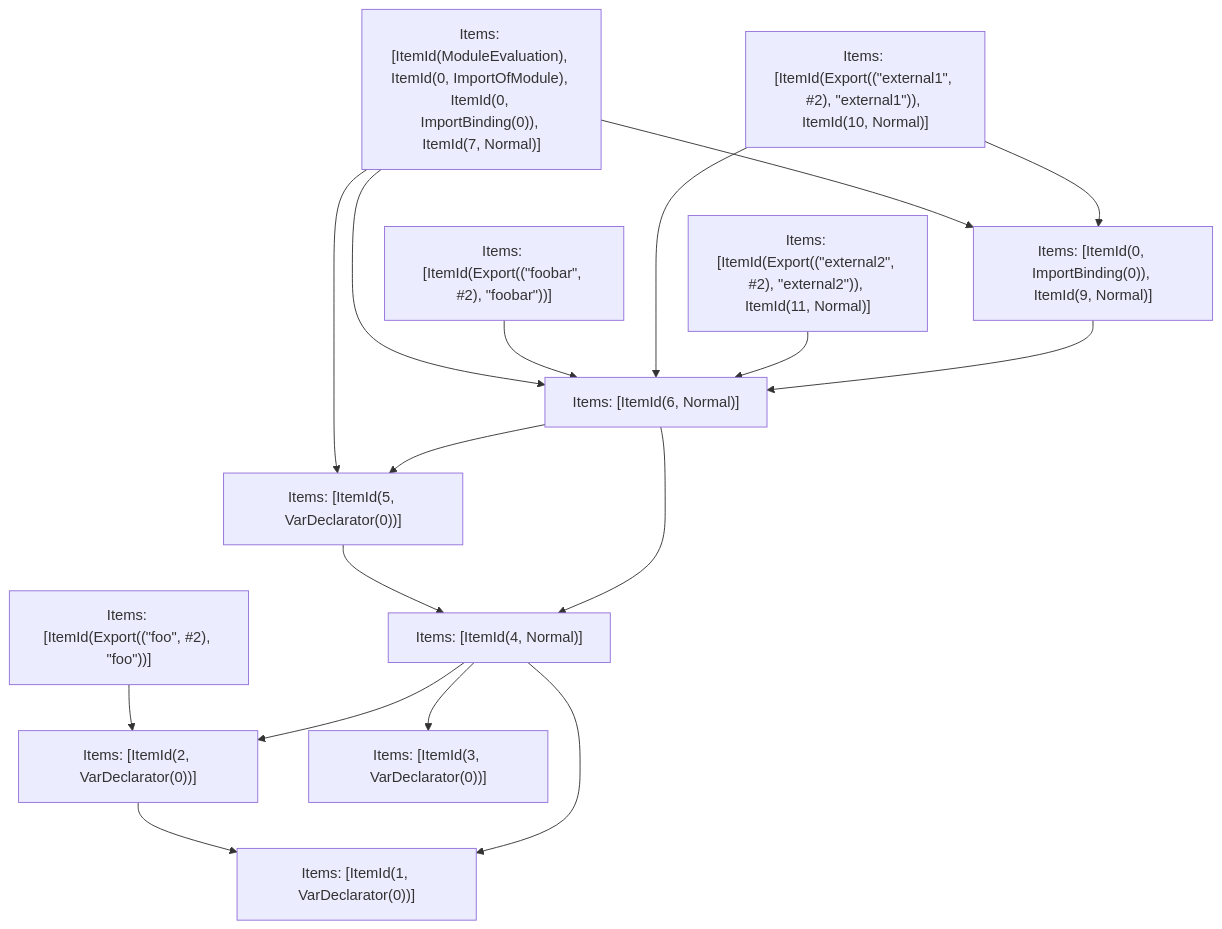
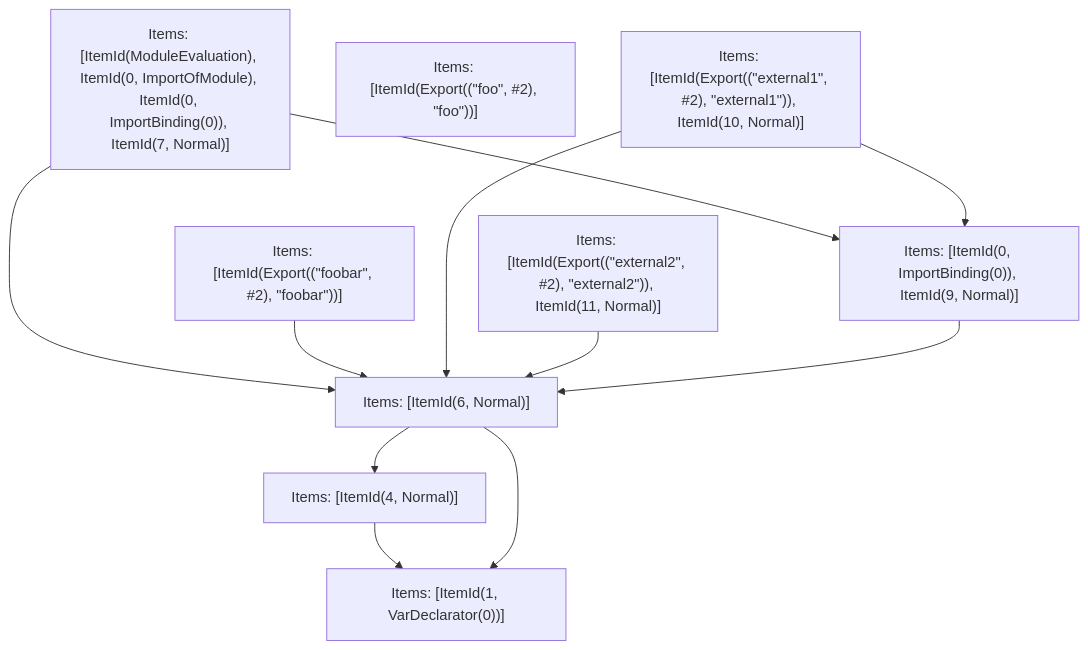
The fifth of 5 diagrams in crates/turbopack-ecmascript/tests/tree-shaker/analyzer/1/output.md (vercel/turborepo), drawn with Mermaid before and after one commit. The commit also changed other lines of this file and 20 other files, not shown here.

````diff
--- a/crates/turbopack-ecmascript/tests/tree-shaker/analyzer/1/output.md
+++ b/crates/turbopack-ecmascript/tests/tree-shaker/analyzer/1/output.md
@@ -316,31 +315,22 @@
 ```mermaid
 graph TD
     N0["Items: [ItemId(ModuleEvaluation), ItemId(0, ImportOfModule), ItemId(0, ImportBinding(0)), ItemId(7, Normal)]"];
     N1["Items: [ItemId(Export((&quot;foobar&quot;, #2), &quot;foobar&quot;))]"];
     N2["Items: [ItemId(Export((&quot;foo&quot;, #2), &quot;foo&quot;))]"];
     N3["Items: [ItemId(Export((&quot;external1&quot;, #2), &quot;external1&quot;)), ItemId(10, Normal)]"];
     N4["Items: [ItemId(Export((&quot;external2&quot;, #2), &quot;external2&quot;)), ItemId(11, Normal)]"];
     N5["Items: [ItemId(1, VarDeclarator(0))]"];
-    N6["Items: [ItemId(2, VarDeclarator(0))]"];
-    N7["Items: [ItemId(3, VarDeclarator(0))]"];
-    N8["Items: [ItemId(4, Normal)]"];
-    N9["Items: [ItemId(5, VarDeclarator(0))]"];
-    N10["Items: [ItemId(6, Normal)]"];
-    N11["Items: [ItemId(0, ImportBinding(0)), ItemId(9, Normal)]"];
-    N0 --> N9;
-    N0 --> N11;
-    N0 --> N10;
-    N1 --> N10;
-    N2 --> N6;
-    N3 --> N11;
-    N3 --> N10;
-    N4 --> N10;
+    N6["Items: [ItemId(4, Normal)]"];
+    N7["Items: [ItemId(6, Normal)]"];
+    N8["Items: [ItemId(0, ImportBinding(0)), ItemId(9, Normal)]"];
+    N0 --> N8;
+    N0 --> N7;
+    N1 --> N7;
+    N3 --> N8;
+    N3 --> N7;
+    N4 --> N7;
     N6 --> N5;
+    N7 --> N6;
+    N7 --> N5;
     N8 --> N7;
-    N8 --> N5;
-    N8 --> N6;
-    N9 --> N8;
-    N10 --> N8;
-    N10 --> N9;
-    N11 --> N10;
 ```
````
